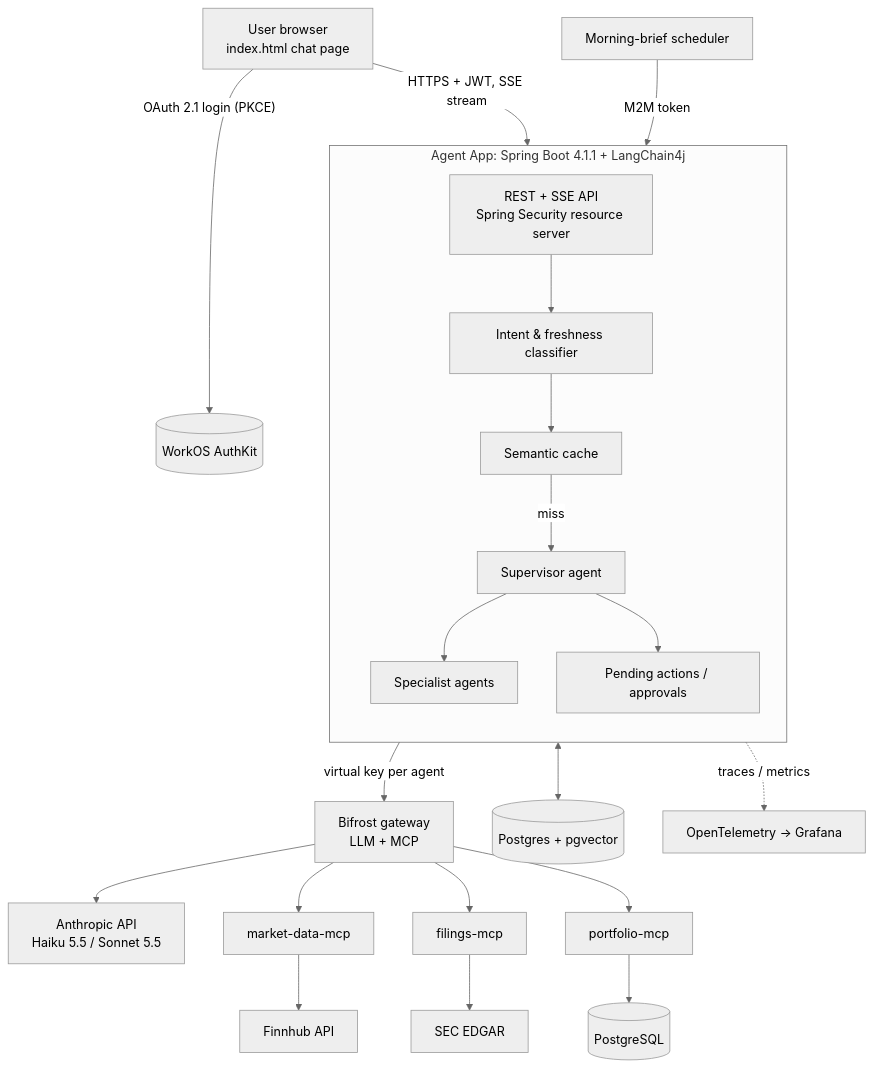
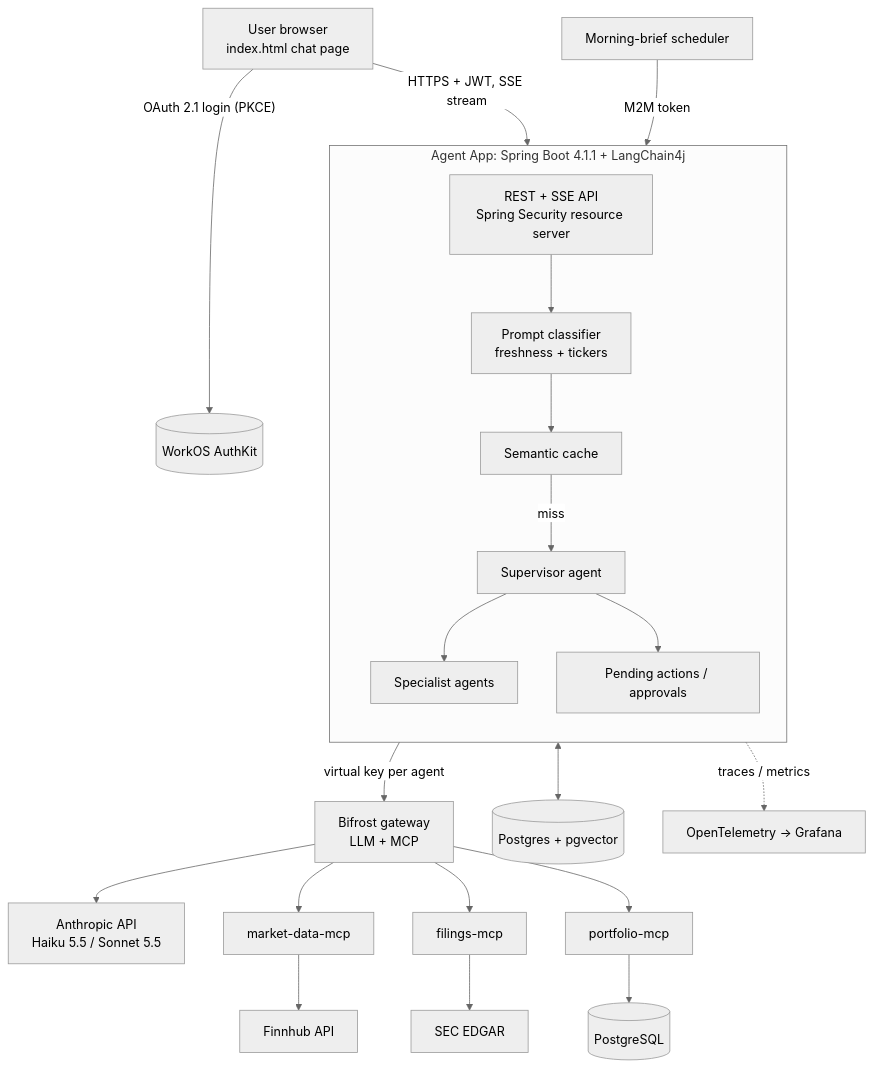
One commit to sri-chalam/stock-research-agent changed the first of 4 diagrams in docs/requirements/stock-research-agent-spec.md. Above: the diagram before and after it, drawn with Mermaid (neutral theme). The commit also changed other lines of this file and 4 other files, not shown here.

Commit message:
Reduce Iteration 4 in spec and docs to the prompt classifier (REAL_TIME/CACHEABLE + tickers) and semantic cache, defer quote bypass, per-class TTLs, dashboard and eval-based routing, amend ADR 0012 to move agent-app to amazonlinux:2023

````diff
--- a/docs/requirements/stock-research-agent-spec.md
+++ b/docs/requirements/stock-research-agent-spec.md
@@ -107,32 +107,32 @@
 ```mermaid
 flowchart TB
     U[User browser<br/>index.html chat page] -- "OAuth 2.1 login (PKCE)" --> WOS[(WorkOS AuthKit)]
     U -- "HTTPS + JWT, SSE stream" --> APP
 
     subgraph APP[Agent App: Spring Boot 4.1.1 + LangChain4j]
       direction TB
       API[REST + SSE API<br/>Spring Security resource server]
-      CLS[Intent & freshness classifier]
+      CLS[Prompt classifier<br/>freshness + tickers]
       SC[Semantic cache]
       SUP[Supervisor agent]
       SPEC[Specialist agents]
       HITL[Pending actions / approvals]
       API --> CLS --> SC
       SC -- miss --> SUP --> SPEC
       SUP --> HITL
     end
 
     APP -- "virtual key per agent" --> BF[Bifrost gateway<br/>LLM + MCP]
     BF --> CLAUDE[Anthropic API<br/>Haiku 5.5 / Sonnet 5.5]
     BF --> MD[market-data-mcp]
     BF --> FL[filings-mcp]
     BF --> PF[portfolio-mcp]
 
     MD --> FH[Finnhub API]
     FL --> SEC[SEC EDGAR]
     PF --> PG[(PostgreSQL)]
 
     APP <--> PGV[(Postgres + pgvector)]
     JOB[Morning-brief scheduler] -- "M2M token" --> APP
     APP -. traces / metrics .-> OBS[OpenTelemetry → Grafana]
 ```
````
